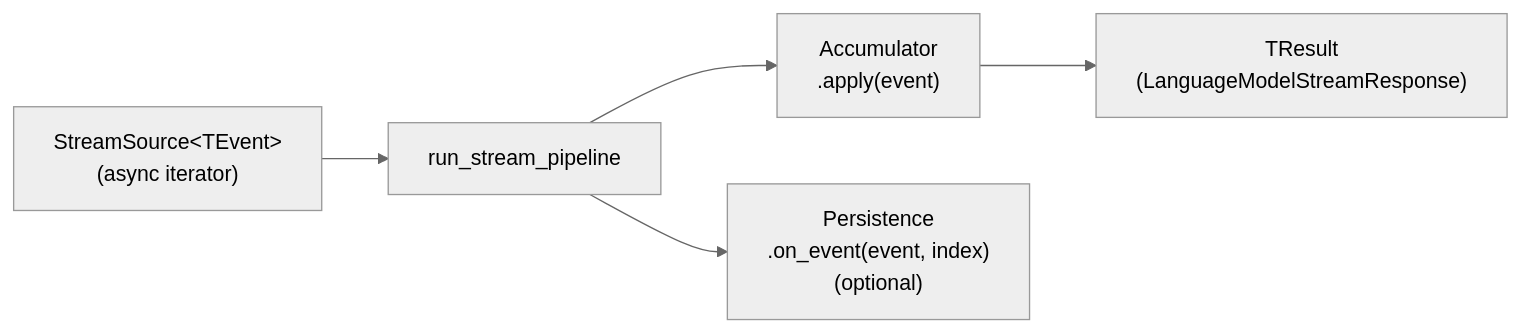
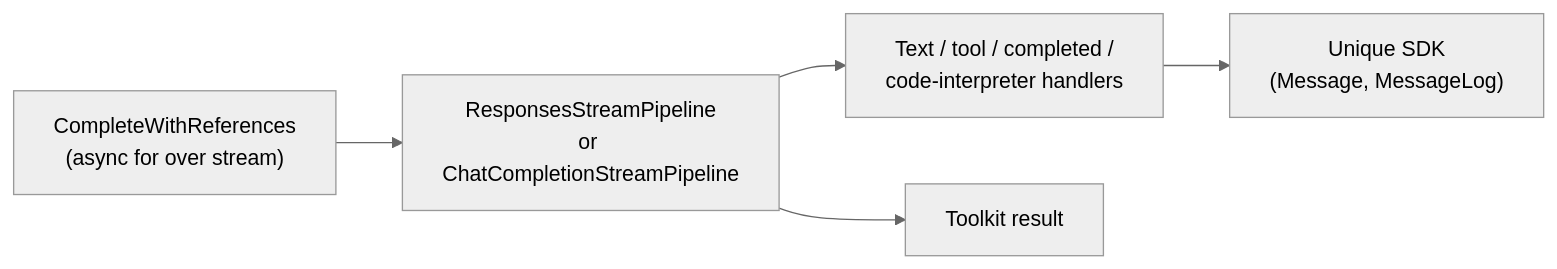
The second of 2 diagrams in unique_toolkit/docs/streaming_pipeline.md (Unique-AG/ai), drawn with Mermaid (neutral theme) before and after one commit. The commit also changed other lines of this file and 23 other files, not shown here.

````diff
--- a/unique_toolkit/docs/streaming_pipeline.md
+++ b/unique_toolkit/docs/streaming_pipeline.md
@@ -103,13 +103,13 @@
 ```mermaid
 flowchart LR
-    SRC["StreamSource&lt;TEvent&gt;<br/>(async iterator)"]
-    RUN["run_stream_pipeline"]
-    ACC["Accumulator<br/>.apply(event)"]
-    PER["Persistence<br/>.on_event(event, index)<br/>(optional)"]
-    RES["TResult<br/>(LanguageModelStreamResponse)"]
+    H["CompleteWithReferences\n(async for over stream)"]
+    PL["ResponsesStreamPipeline\nor ChatCompletionStreamPipeline"]
+    TH["Text / tool / completed /\ncode-interpreter handlers"]
+    SDK["Unique SDK\n(Message, MessageLog)"]
+    RES["Toolkit result"]
 
-    SRC --> RUN
-    RUN --> ACC
-    RUN --> PER
-    ACC --> RES
+    H --> PL
+    PL --> TH
+    TH --> SDK
+    PL --> RES
 ```
````
